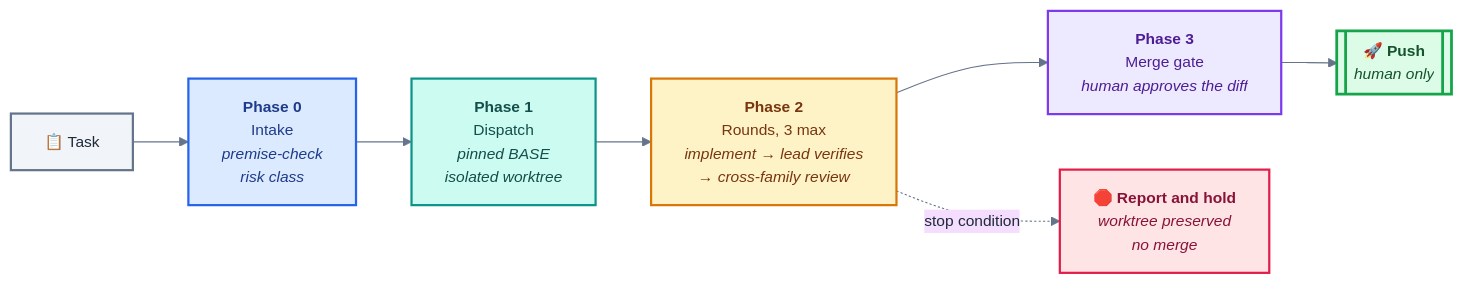
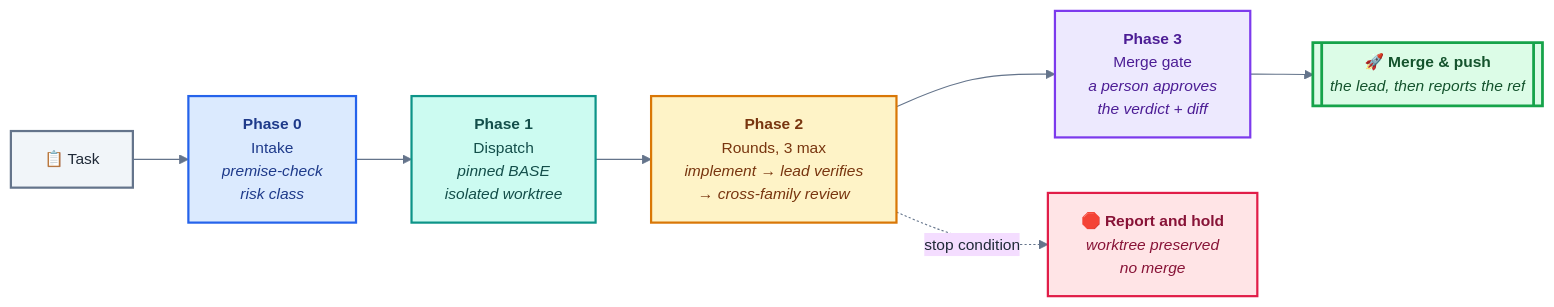
The second of 2 diagrams in README.md (aarontzeng/dev-lead), drawn with Mermaid before and after one commit. The commit also changed other lines of this file and 10 other files, not shown here.

````diff
--- a/README.md
+++ b/README.md
@@ -115,25 +116,25 @@
 ```mermaid
 %%{init: {"theme": "base", "themeVariables": {"fontFamily": "ui-sans-serif, system-ui, sans-serif", "fontSize": "14px", "primaryTextColor": "#1f2937", "lineColor": "#64748b"}}}%%
 flowchart LR
     A["📋 Task"] --> B["<b>Phase 0</b><br/>Intake<br/><i>premise-check<br/>risk class</i>"]
     B --> C["<b>Phase 1</b><br/>Dispatch<br/><i>pinned BASE<br/>isolated worktree</i>"]
     C --> D["<b>Phase 2</b><br/>Rounds, 3 max<br/><i>implement → lead verifies<br/>→ cross-family review</i>"]
-    D --> E["<b>Phase 3</b><br/>Merge gate<br/><i>human approves the diff</i>"]
-    E --> F[["🚀 <b>Push</b><br/><i>human only</i>"]]
+    D --> E["<b>Phase 3</b><br/>Merge gate<br/><i>a person approves<br/>the verdict + diff</i>"]
+    E --> F[["🚀 <b>Merge & push</b><br/><i>the lead, then reports the ref</i>"]]
     D -.->|"stop condition"| G["🛑 <b>Report and hold</b><br/><i>worktree preserved<br/>no merge</i>"]
 
     classDef task fill:#f1f5f9,stroke:#64748b,stroke-width:2px,color:#1f2937
     classDef intake fill:#dbeafe,stroke:#2563eb,stroke-width:2px,color:#1e3a8a
     classDef dispatch fill:#ccfbf1,stroke:#0d9488,stroke-width:2px,color:#134e4a
     classDef rounds fill:#fef3c7,stroke:#d97706,stroke-width:2px,color:#78350f
     classDef gate fill:#ede9fe,stroke:#7c3aed,stroke-width:2px,color:#4c1d95
     classDef push fill:#dcfce7,stroke:#16a34a,stroke-width:2.5px,color:#14532d
     classDef hold fill:#ffe4e6,stroke:#e11d48,stroke-width:2px,color:#881337
     class A task
     class B intake
     class C dispatch
     class D rounds
     class E gate
     class F push
     class G hold
 ```
````
